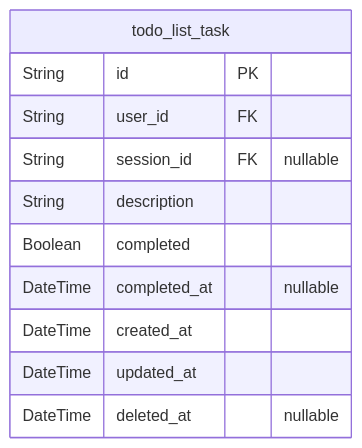
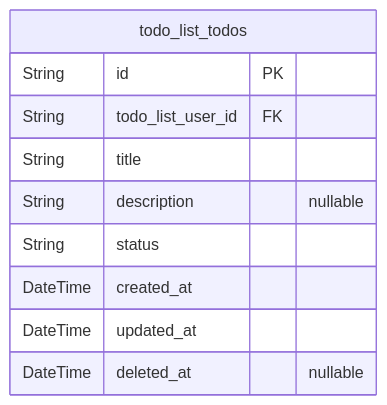
Before and after one commit to wrtnlabs/autobe-examples: the second of 2 diagrams in qwen/qwen3-next-80b-a3b-instruct/todo/docs/ERD.md, drawn with Mermaid. The commit also changed other lines of this file and 6988 other files, not shown here.

````diff
--- a/qwen/qwen3-next-80b-a3b-instruct/todo/docs/ERD.md
+++ b/qwen/qwen3-next-80b-a3b-instruct/todo/docs/ERD.md
@@ -81,14 +95,13 @@
 ```mermaid
 erDiagram
-"todo_list_task" {
+"todo_list_todos" {
   String id PK
-  String user_id FK
-  String session_id FK "nullable"
-  String description
-  Boolean completed
-  DateTime completed_at "nullable"
+  String todo_list_user_id FK
+  String title
+  String description "nullable"
+  String status
   DateTime created_at
   DateTime updated_at
   DateTime deleted_at "nullable"
 }
 ```
````
